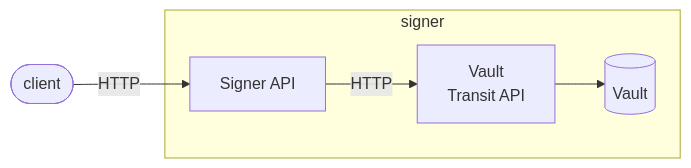
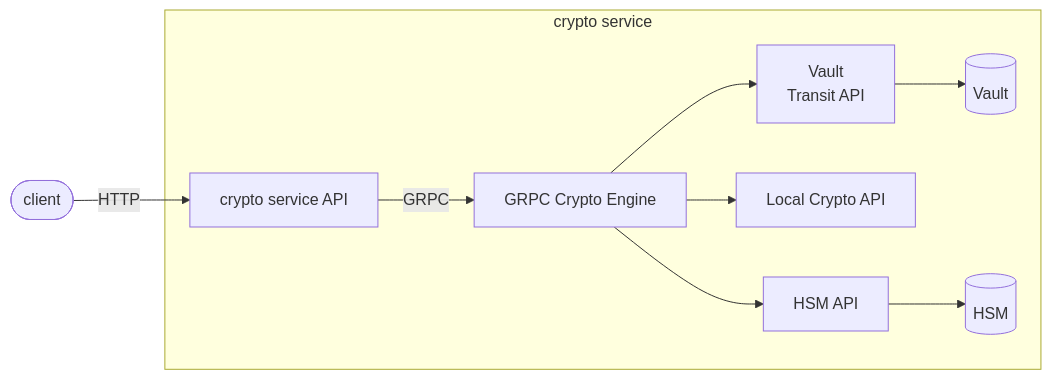
One commit to eclipse-xfsc/crypto-provider-service changed the diagram in README.md. Above: the diagram before and after it, drawn with Mermaid. The commit also changed other lines of this file and 104 other files, not shown here.

````diff
--- a/README.md
+++ b/README.md
@@ -28,8 +28,12 @@
 ```mermaid  
 flowchart LR
-	A([client]) -- HTTP --> B[Signer API] 
-	subgraph signer 
-		B --HTTP--> C[Vault\nTransit API] 
-		C --> D[(Vault)] 
+	A([client]) -- HTTP --> B[crypto service API] 
+	subgraph crypto service 
+		B --GRPC-->  C[GRPC Crypto Engine] 
+    C --> D[Vault\nTransit API] 
+		D --> E[(Vault)] 
+    C --> F[Local Crypto API] 
+    C --> G[HSM API] 
+    G --> H[(HSM)]
 	end
 ```
````
